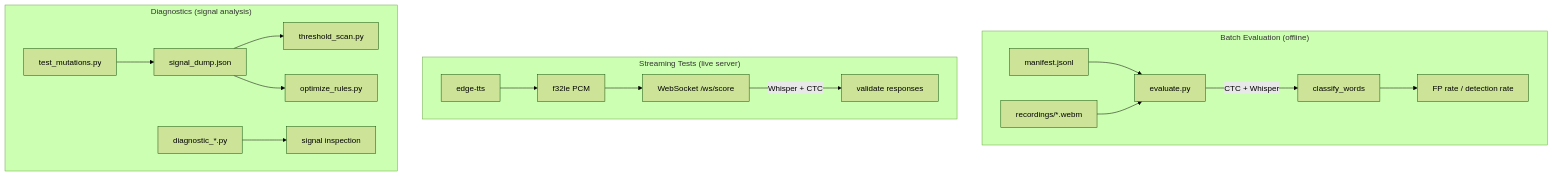
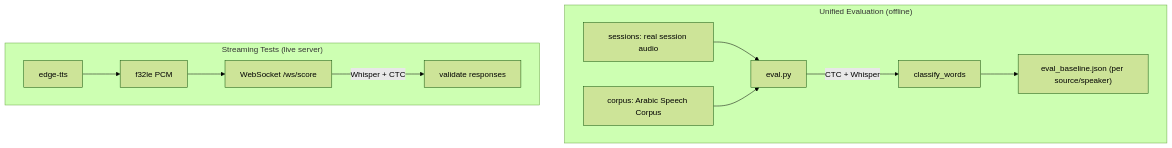
One commit to yousefh409/suhuf changed the diagram in docs/testing/recitation-system.md. Above: the diagram before and after it, drawn with Mermaid (forest theme). The commit also changed other lines of this file and 2 other files, not shown here.

Commit message:
docs(recitation): consolidate around single eval.py, drop deleted-script references

````diff
--- a/docs/testing/recitation-system.md
+++ b/docs/testing/recitation-system.md
@@ -5,22 +5,15 @@
 ```mermaid
 flowchart TD
-    subgraph Batch["Batch Evaluation (offline)"]
-        M[manifest.jsonl] --> E[evaluate.py]
-        R[recordings/*.webm] --> E
-        E --> |CTC + Whisper| CW[classify_words]
-        CW --> Stats["FP rate / detection rate"]
+    subgraph Eval["Unified Evaluation (offline)"]
+        S[sessions: real session audio] --> EV[eval.py]
+        C[corpus: Arabic Speech Corpus] --> EV
+        EV --> |CTC + Whisper| CW[classify_words]
+        CW --> Rep["eval_baseline.json (per source/speaker)"]
     end
 
     subgraph Stream["Streaming Tests (live server)"]
         TTS[edge-tts] --> PCM[f32le PCM]
         PCM --> WS[WebSocket /ws/score]
         WS --> |Whisper + CTC| V[validate responses]
     end
-
-    subgraph Diag["Diagnostics (signal analysis)"]
-        MUT[test_mutations.py] --> SD[signal_dump.json]
-        SD --> Scan[threshold_scan.py]
-        SD --> Opt[optimize_rules.py]
-        Diag2[diagnostic_*.py] --> Signals[signal inspection]
-    end
 ```
````
